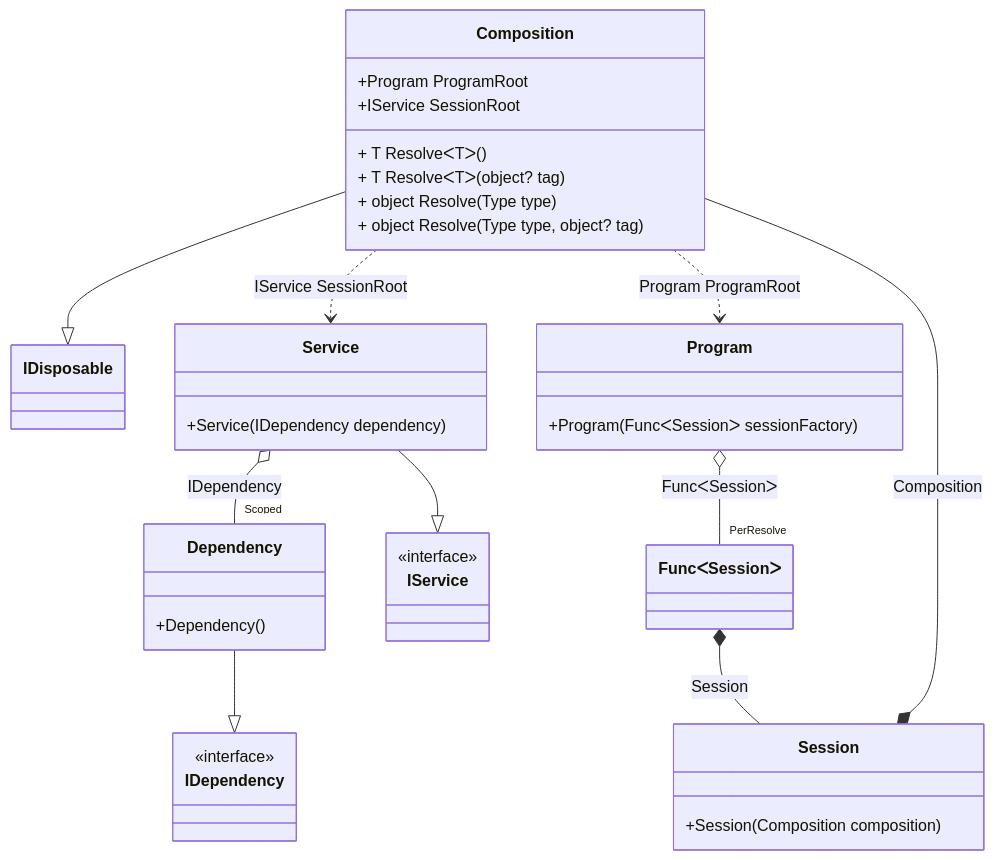
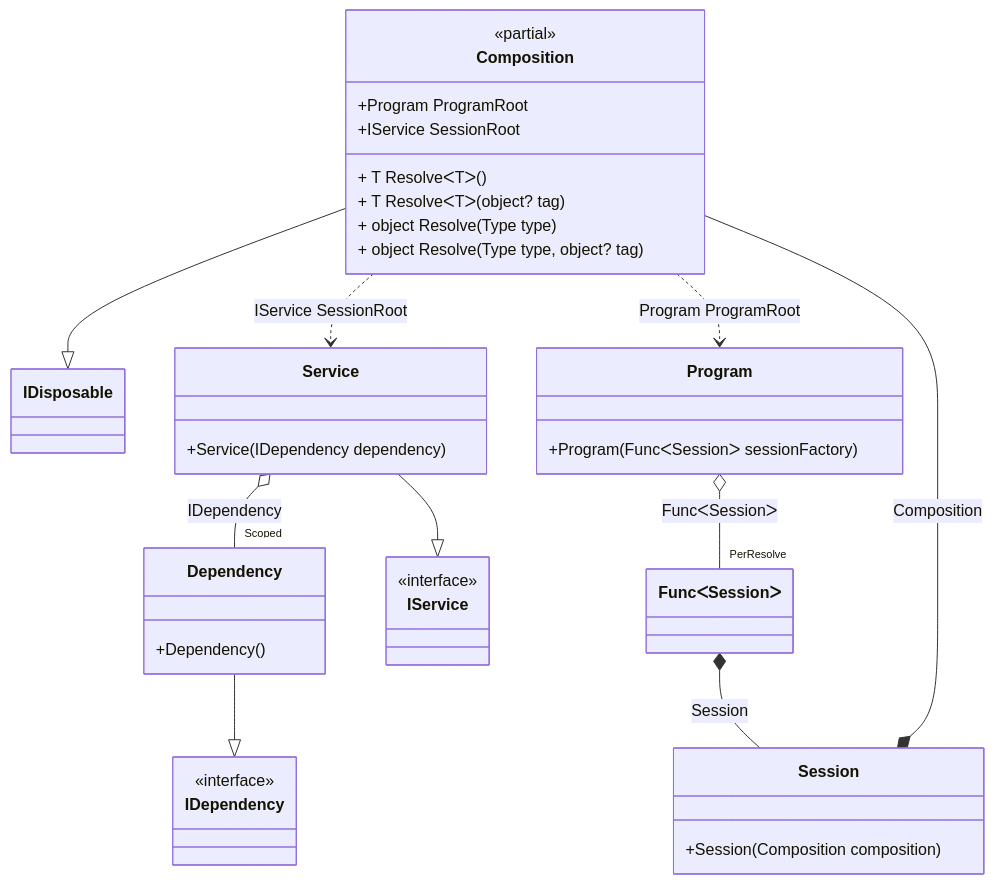
The diagram in readme/scope.md (DevTeam/Pure.DI), drawn with Mermaid before and after one commit. The commit also changed 74 other files, not shown here.

Commit message:
Improved class diagram

````diff
--- a/readme/scope.md
+++ b/readme/scope.md
@@ -83,40 +83,41 @@
 ```mermaid
 classDiagram
 	class Composition {
+		<<partial>>
 		+Program ProgramRoot
 		+IService SessionRoot
 		+ T ResolveᐸTᐳ()
 		+ T ResolveᐸTᐳ(object? tag)
 		+ object Resolve(Type type)
 		+ object Resolve(Type type, object? tag)
 	}
 	Composition --|> IDisposable
 	class Session {
 		+Session(Composition composition)
 	}
 	class Program {
 		+Program(FuncᐸSessionᐳ sessionFactory)
 	}
 	Dependency --|> IDependency : 
 	class Dependency {
 		+Dependency()
 	}
 	Service --|> IService : 
 	class Service {
 		+Service(IDependency dependency)
 	}
 	class Composition
 	class FuncᐸSessionᐳ
 	class IDependency {
 		<<interface>>
 	}
 	class IService {
 		<<interface>>
 	}
 	Session *--  Composition : Composition
-	Program o--  "PerResolve" FuncᐸSessionᐳ : FuncᐸSessionᐳ
-	Service o--  "Scoped" Dependency : IDependency
+	Program o-- "PerResolve" FuncᐸSessionᐳ : FuncᐸSessionᐳ
+	Service o-- "Scoped" Dependency : IDependency
 	Composition ..> Service : IService SessionRoot
 	Composition ..> Program : Program ProgramRoot
 	FuncᐸSessionᐳ *--  Session : Session
 ```
````
